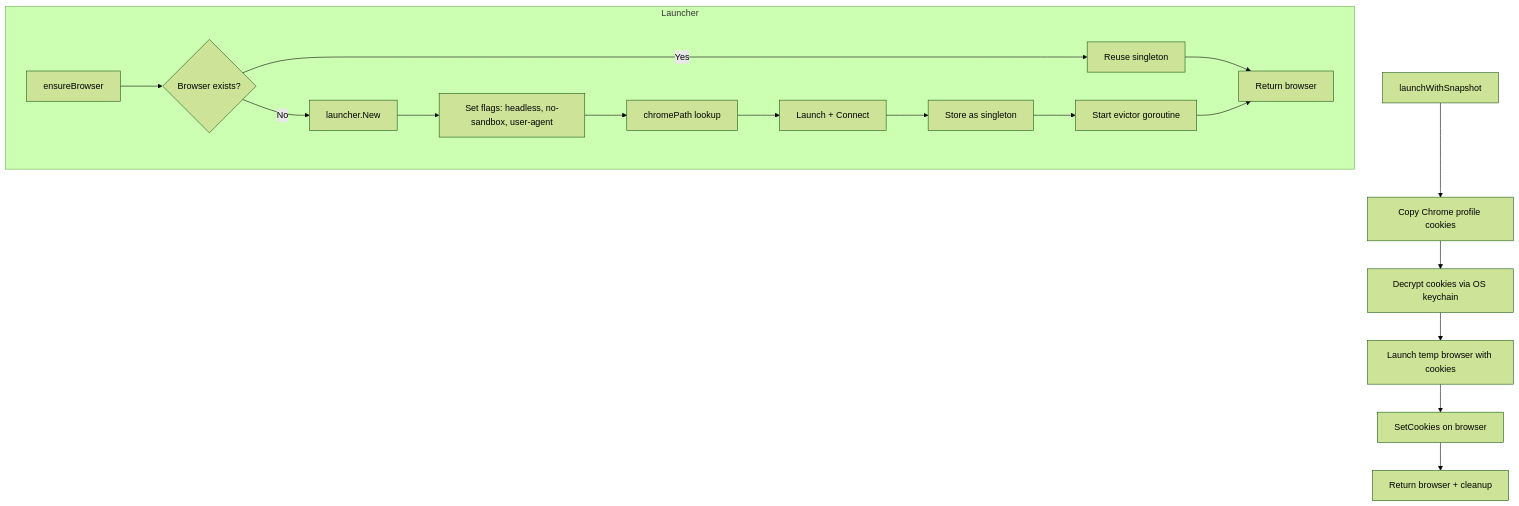
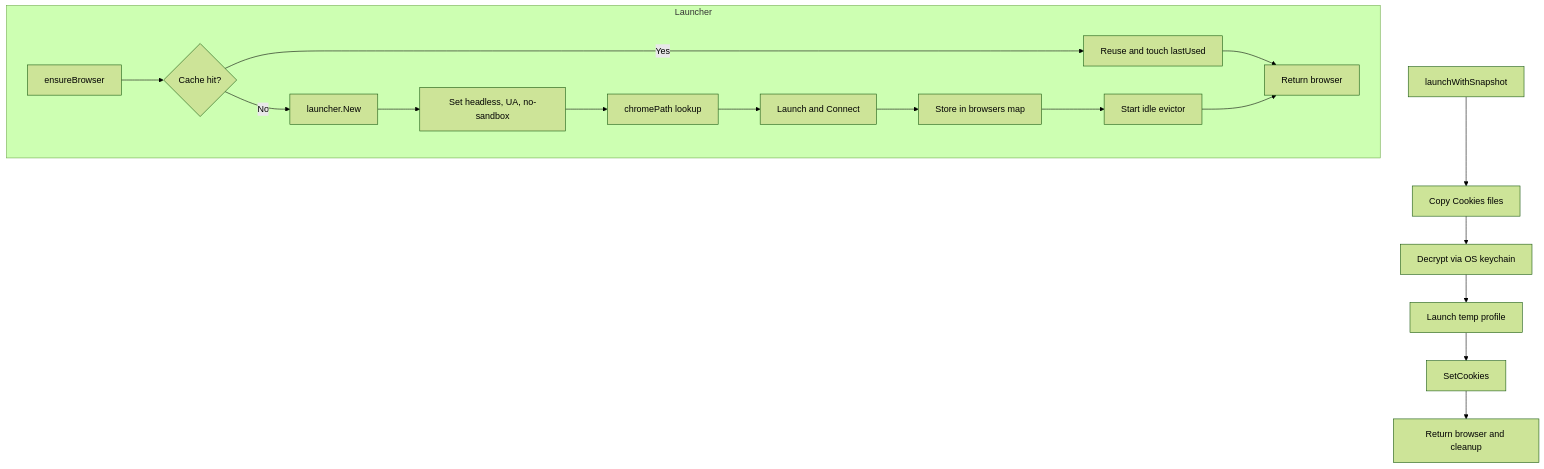
Before and after one commit to pardnchiu/go-browser: the second of 7 diagrams in doc/architecture.md, drawn with Mermaid (forest theme). The commit also changed other lines of this file and 5 other files, not shown here.

````diff
--- a/doc/architecture.md
+++ b/doc/architecture.md
@@ -24,20 +25,20 @@
 ```mermaid
 graph TB
     subgraph Launcher
-        A[ensureBrowser] --> B{Browser exists?}
-        B -->|Yes| C[Reuse singleton]
+        A[ensureBrowser] --> B{Cache hit?}
+        B -->|Yes| C[Reuse and touch lastUsed]
         B -->|No| D[launcher.New]
-        D --> E[Set flags: headless, no-sandbox, user-agent]
+        D --> E[Set headless, UA, no-sandbox]
         E --> F[chromePath lookup]
-        F --> G[Launch + Connect]
-        G --> H[Store as singleton]
-        H --> I[Start evictor goroutine]
+        F --> G[Launch and Connect]
+        G --> H[Store in browsers map]
+        H --> I[Start idle evictor]
         C --> J[Return browser]
         I --> J
     end
-    K[launchWithSnapshot] --> L[Copy Chrome profile cookies]
-    L --> M[Decrypt cookies via OS keychain]
-    M --> N[Launch temp browser with cookies]
-    N --> O[SetCookies on browser]
-    O --> P[Return browser + cleanup]
+    K[launchWithSnapshot] --> L[Copy Cookies files]
+    L --> M[Decrypt via OS keychain]
+    M --> N[Launch temp profile]
+    N --> O[SetCookies]
+    O --> P[Return browser and cleanup]
 ```
````
